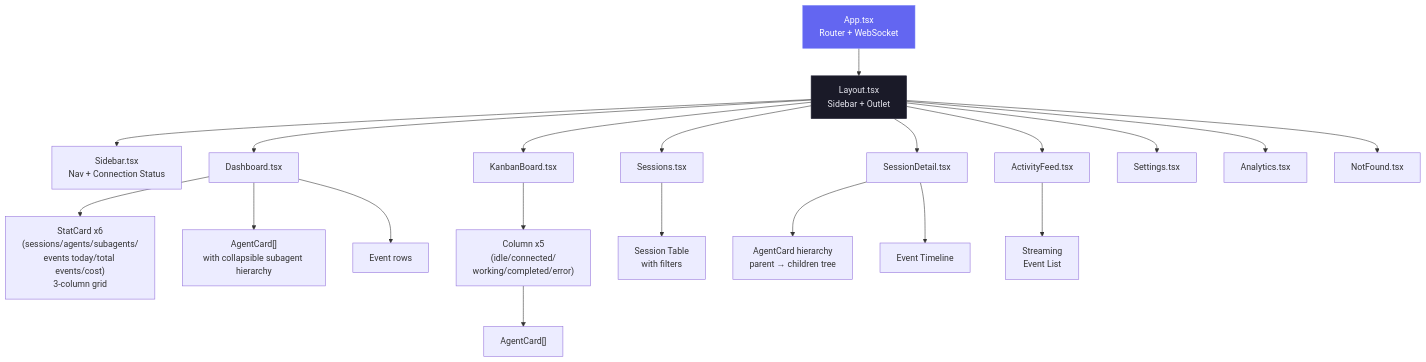
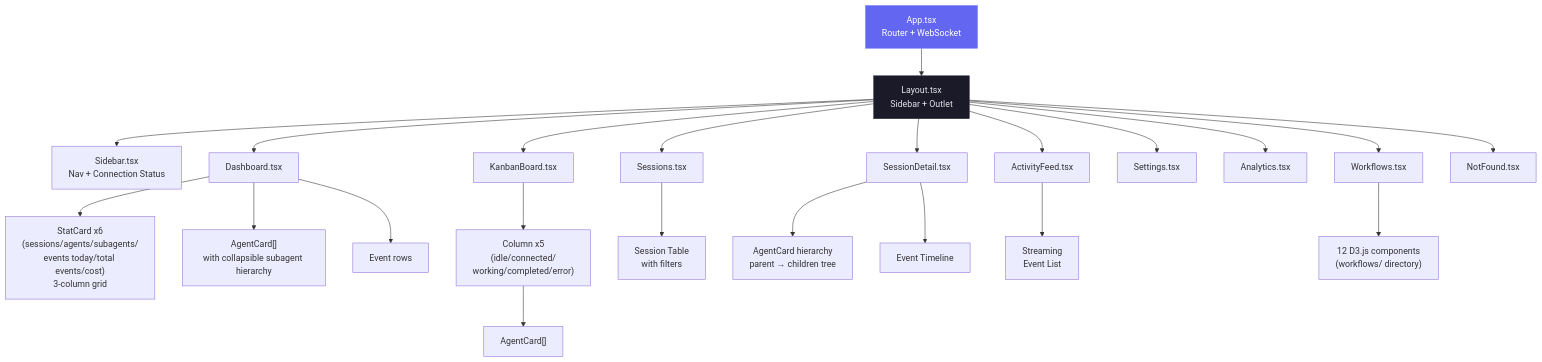
One commit to StrainReviews/Claude-Code-Agent-Monitor changed the seventh of 27 diagrams in ARCHITECTURE.md. Above: the diagram before and after it, drawn with Mermaid. The commit also changed other lines of this file and 29 other files, not shown here.

````diff
--- a/ARCHITECTURE.md
+++ b/ARCHITECTURE.md
@@ -299,34 +305,36 @@
 ```mermaid
 graph TD
     APP["App.tsx<br/>Router + WebSocket"]
     LAYOUT["Layout.tsx<br/>Sidebar + Outlet"]
     SIDEBAR["Sidebar.tsx<br/>Nav + Connection Status"]
     DASH["Dashboard.tsx"]
     KANBAN["KanbanBoard.tsx"]
     SESS["Sessions.tsx"]
     DETAIL["SessionDetail.tsx"]
     ACTIVITY["ActivityFeed.tsx"]
     SETTINGS_P["Settings.tsx"]
 
     ANALYTICS_P["Analytics.tsx"]
+    WORKFLOWS_P["Workflows.tsx"]
     NOTFOUND["NotFound.tsx"]
 
     APP --> LAYOUT
     LAYOUT --> SIDEBAR
-    LAYOUT --> DASH & KANBAN & SESS & DETAIL & ACTIVITY & ANALYTICS_P & SETTINGS_P & NOTFOUND
+    LAYOUT --> DASH & KANBAN & SESS & DETAIL & ACTIVITY & ANALYTICS_P & WORKFLOWS_P & SETTINGS_P & NOTFOUND
 
     DASH --> SC1["StatCard x6<br/>(sessions/agents/subagents/<br/>events today/total events/cost)<br/>3-column grid"]
     DASH --> AC1["AgentCard[]<br/>with collapsible subagent hierarchy"]
     DASH --> EV1["Event rows"]
 
     KANBAN --> COL["Column x5<br/>(idle/connected/<br/>working/completed/error)"]
     COL --> AC2["AgentCard[]"]
 
     SESS --> TABLE["Session Table<br/>with filters"]
     DETAIL --> AC3["AgentCard hierarchy<br/>parent → children tree"]
     DETAIL --> TL["Event Timeline"]
     ACTIVITY --> FEED["Streaming<br/>Event List"]
+    WORKFLOWS_P --> WFC["12 D3.js components<br/>(workflows/ directory)"]
 
     style APP fill:#6366f1,stroke:#818cf8,color:#fff
     style LAYOUT fill:#1a1a28,stroke:#2a2a3d,color:#e4e4ed
 ```
````
